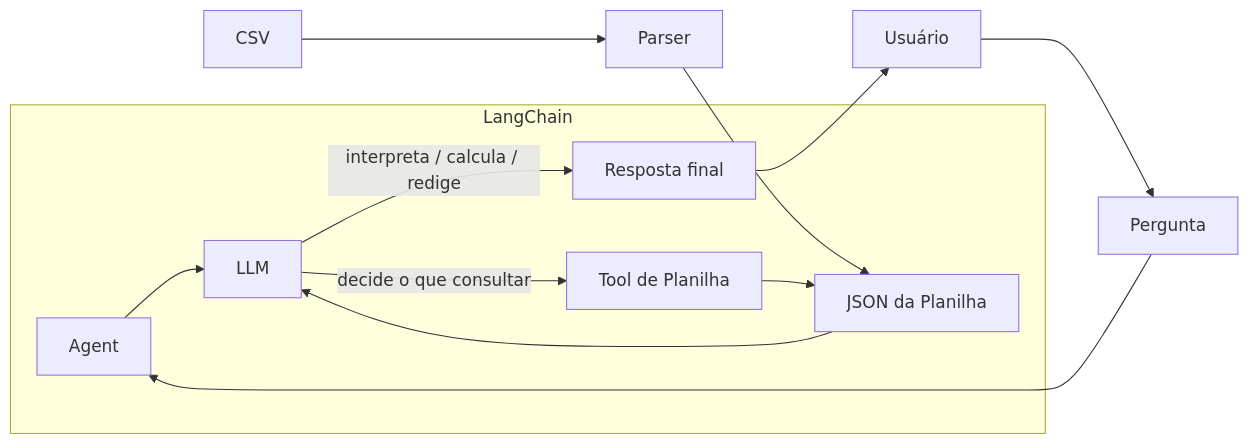
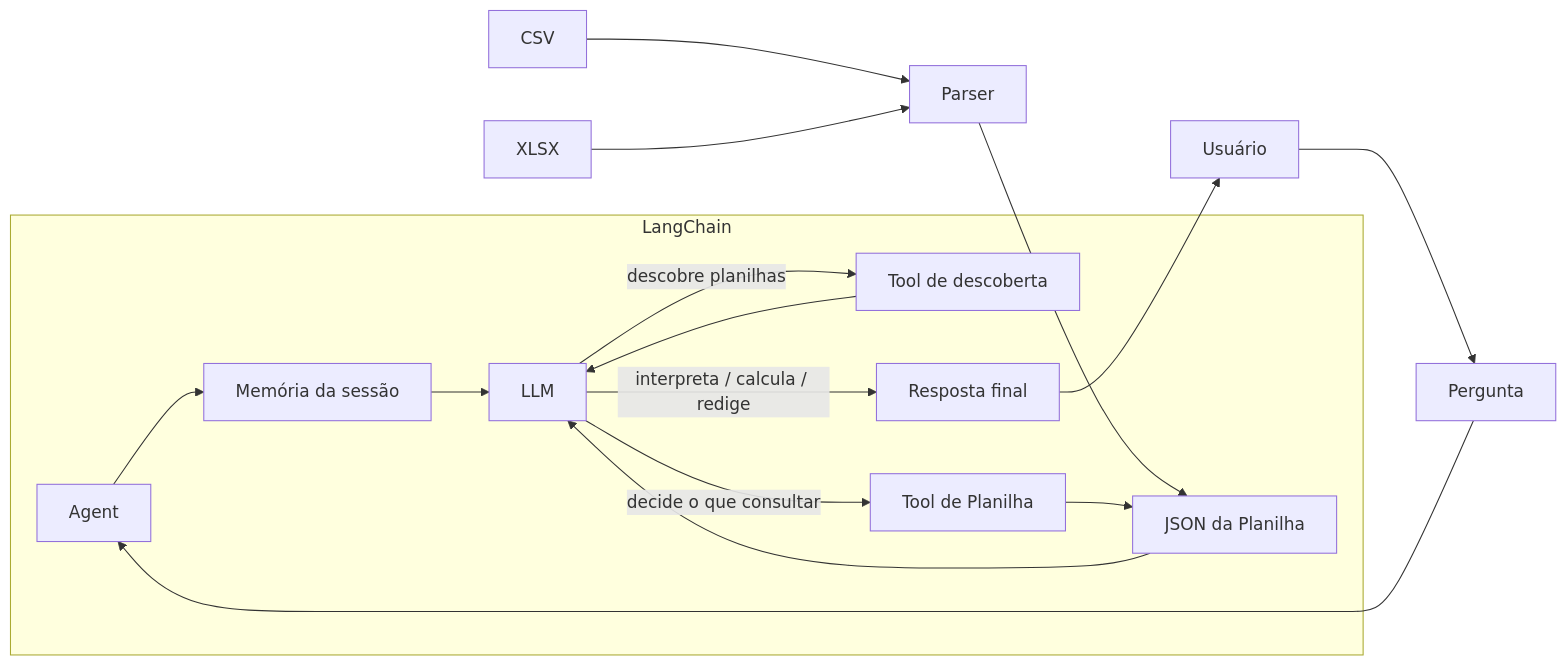
Before and after one commit to gbrielmartinssreo/Natural-Language-Query: the diagram in docs/architecture.md, drawn with Mermaid. The commit also changed other lines of this file and 5 other files, not shown here.

````diff
--- a/docs/architecture.md
+++ b/docs/architecture.md
@@ -10,24 +13,30 @@
 ```mermaid
 ---
 config:
   layout: dagre
 ---
 flowchart LR
  subgraph LC["LangChain"]
         A["Agent"]
+        M["Memória da sessão"]
         L1["LLM"]
+        D["Tool de descoberta"]
         T["Tool de Planilha"]
         J["JSON da Planilha"]
         R["Resposta final"]
   end
     U["Usuário"] --> Q["Pergunta"]
-    X["CSV"] --> P["Parser"]
+    C["CSV"] --> P["Parser"]
+    X["XLSX"] --> P
     P --> J
     Q --> A
-    A --> L1
+    A --> M
+    M --> L1
+    L1 -- descobre planilhas --> D
+    D --> L1
     L1 -- decide o que consultar --> T
     T --> J
     J --> L1
     L1 -- interpreta / calcula / redige --> R
     R --> U
 ```
````
